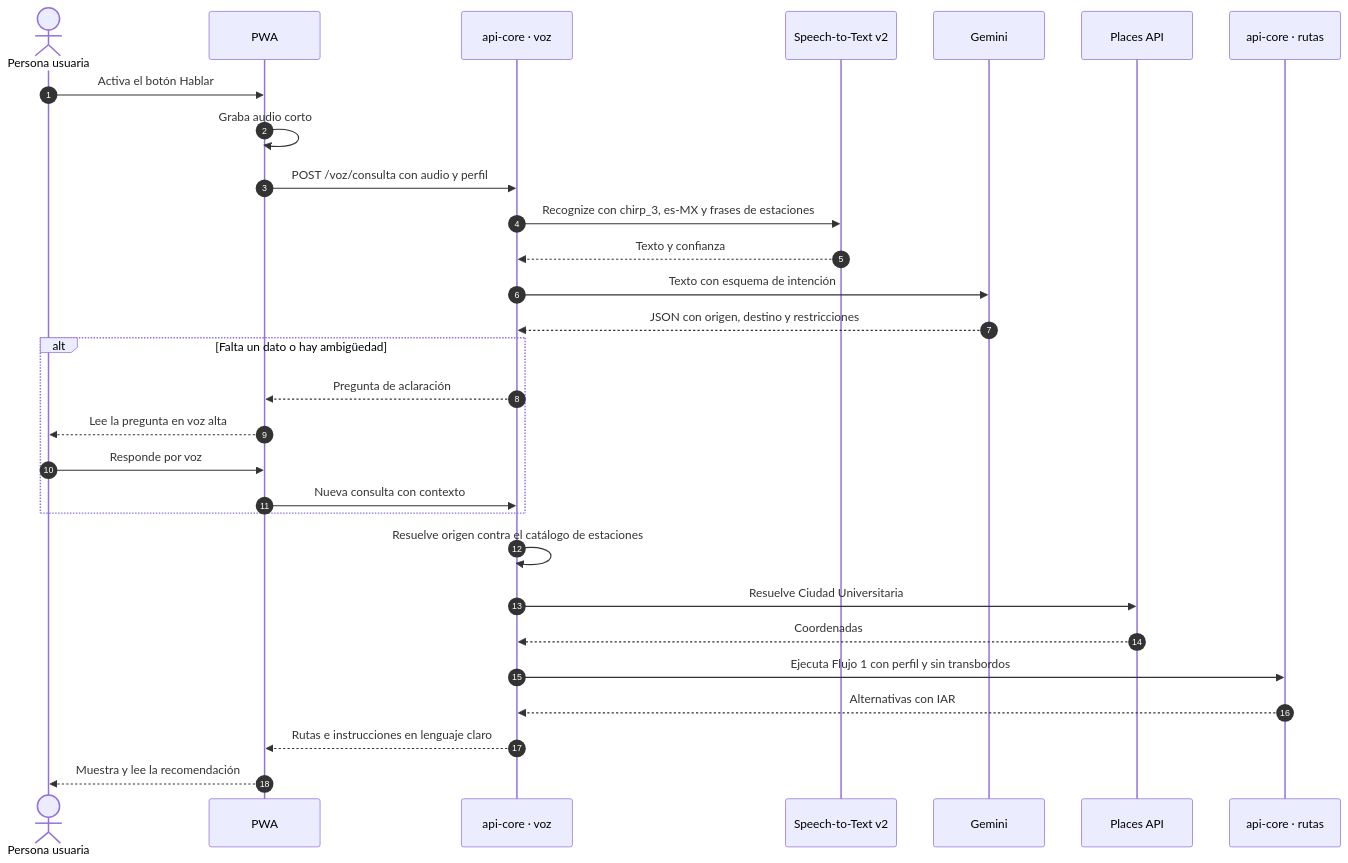
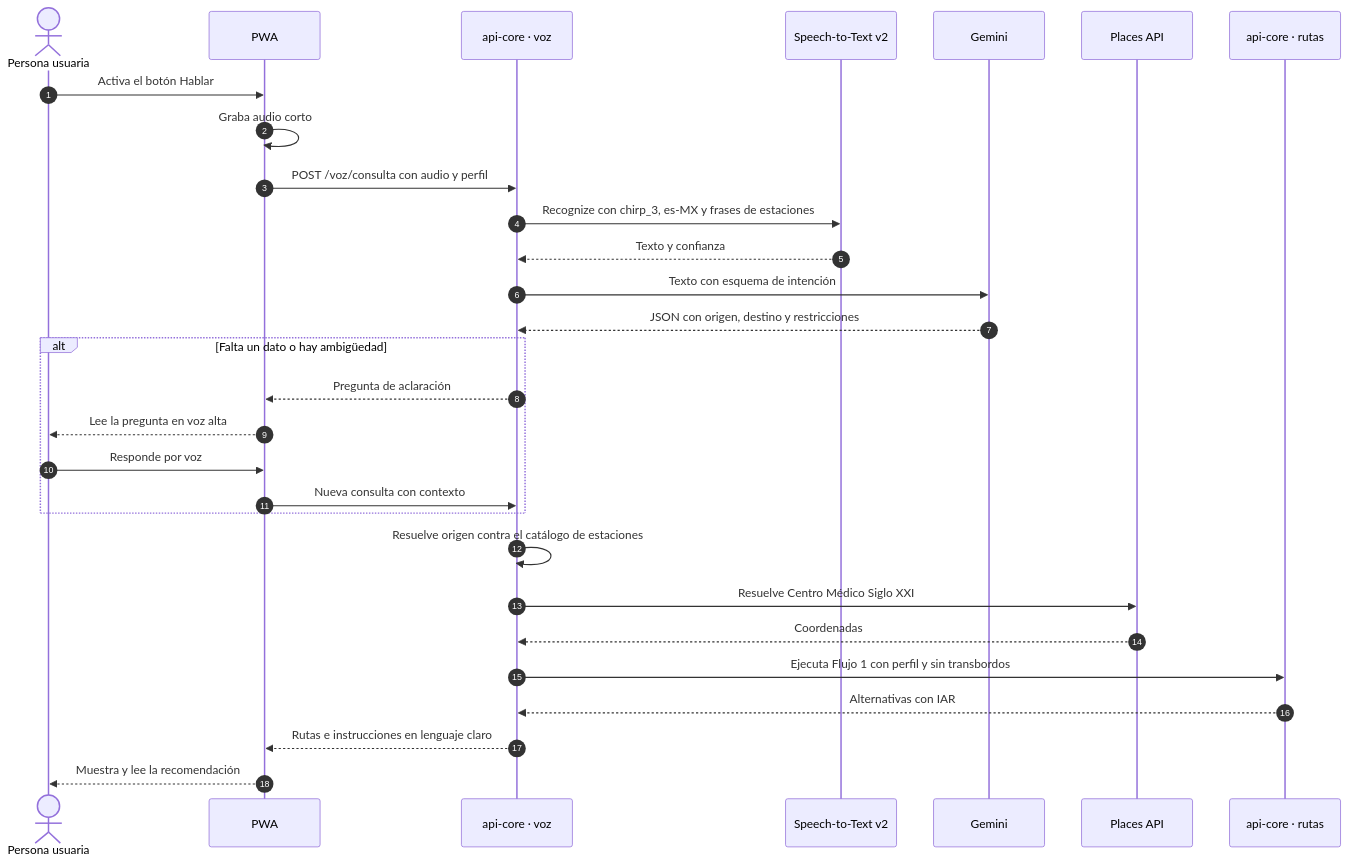
Before and after one commit to Abraham-Buenrostro-Cruces/M-IA: the third of 4 diagrams in docs/arquitectura/06-flujos.md, drawn with Mermaid. The commit also changed other lines of this file and 3 other files, not shown here.

````diff
--- a/docs/arquitectura/06-flujos.md
+++ b/docs/arquitectura/06-flujos.md
@@ -126,32 +126,32 @@
 ```mermaid
 sequenceDiagram
   autonumber
   actor U as Persona usuaria
   participant PWA as PWA
   participant API as api-core · voz
   participant STT as Speech-to-Text v2
   participant GEM as Gemini
   participant PL as Places API
   participant RUT as api-core · rutas
 
   U->>PWA: Activa el botón Hablar
   PWA->>PWA: Graba audio corto
   PWA->>API: POST /voz/consulta con audio y perfil
   API->>STT: Recognize con chirp_3, es-MX y frases de estaciones
   STT-->>API: Texto y confianza
   API->>GEM: Texto con esquema de intención
   GEM-->>API: JSON con origen, destino y restricciones
   alt Falta un dato o hay ambigüedad
     API-->>PWA: Pregunta de aclaración
     PWA-->>U: Lee la pregunta en voz alta
     U->>PWA: Responde por voz
     PWA->>API: Nueva consulta con contexto
   end
   API->>API: Resuelve origen contra el catálogo de estaciones
-  API->>PL: Resuelve Ciudad Universitaria
+  API->>PL: Resuelve Centro Médico Siglo XXI
   PL-->>API: Coordenadas
   API->>RUT: Ejecuta Flujo 1 con perfil y sin transbordos
   RUT-->>API: Alternativas con IAR
   API-->>PWA: Rutas e instrucciones en lenguaje claro
   PWA-->>U: Muestra y lee la recomendación
 ```
````
